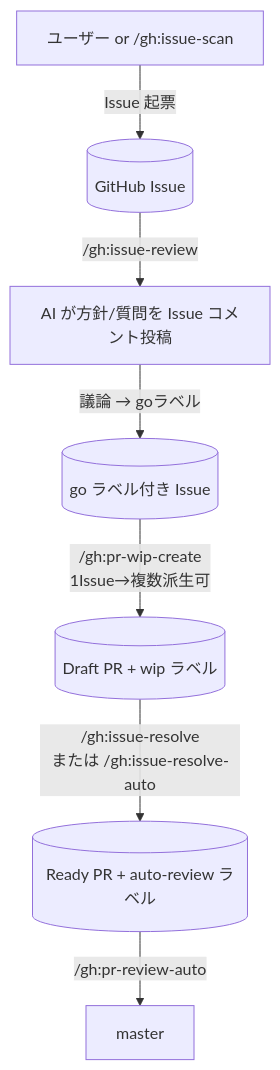
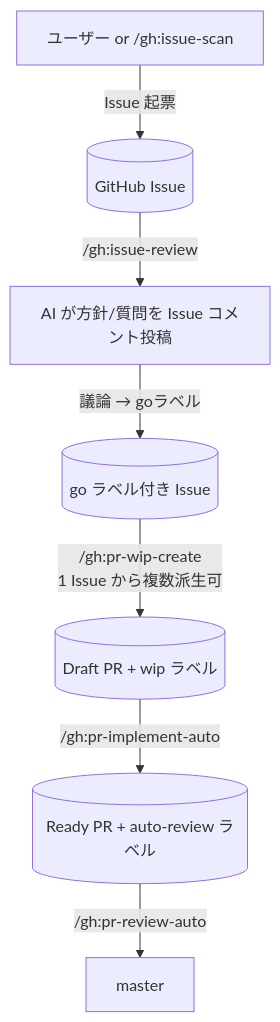
Before and after one commit to shuhei1101/my-plugins: the diagram in plugins/gh/CLAUDE.md, drawn with Mermaid. The commit also changed other lines of this file and 9 other files, not shown here.

First line of the commit message:
refactor(gh): issue-resolve 系を pr-implement-auto + pr-implementer に統合（v0.4）

````diff
--- a/plugins/gh/CLAUDE.md
+++ b/plugins/gh/CLAUDE.md
@@ -7,9 +7,9 @@
 ```mermaid
 flowchart TD
   U[ユーザー or /gh:issue-scan] -->|Issue 起票| Issue[(GitHub Issue)]
   Issue -->|/gh:issue-review| Review[AI が方針/質問を Issue コメント投稿]
   Review -->|議論 → goラベル| Go[(go ラベル付き Issue)]
-  Go -->|/gh:pr-wip-create<br>1Issue→複数派生可| WIP[(Draft PR + wip ラベル)]
-  WIP -->|/gh:issue-resolve<br>または /gh:issue-resolve-auto| Ready[(Ready PR + auto-review ラベル)]
+  Go -->|/gh:pr-wip-create<br>1 Issue から複数派生可| WIP[(Draft PR + wip ラベル)]
+  WIP -->|/gh:pr-implement-auto| Ready[(Ready PR + auto-review ラベル)]
   Ready -->|/gh:pr-review-auto| Master[master]
 ```
````
